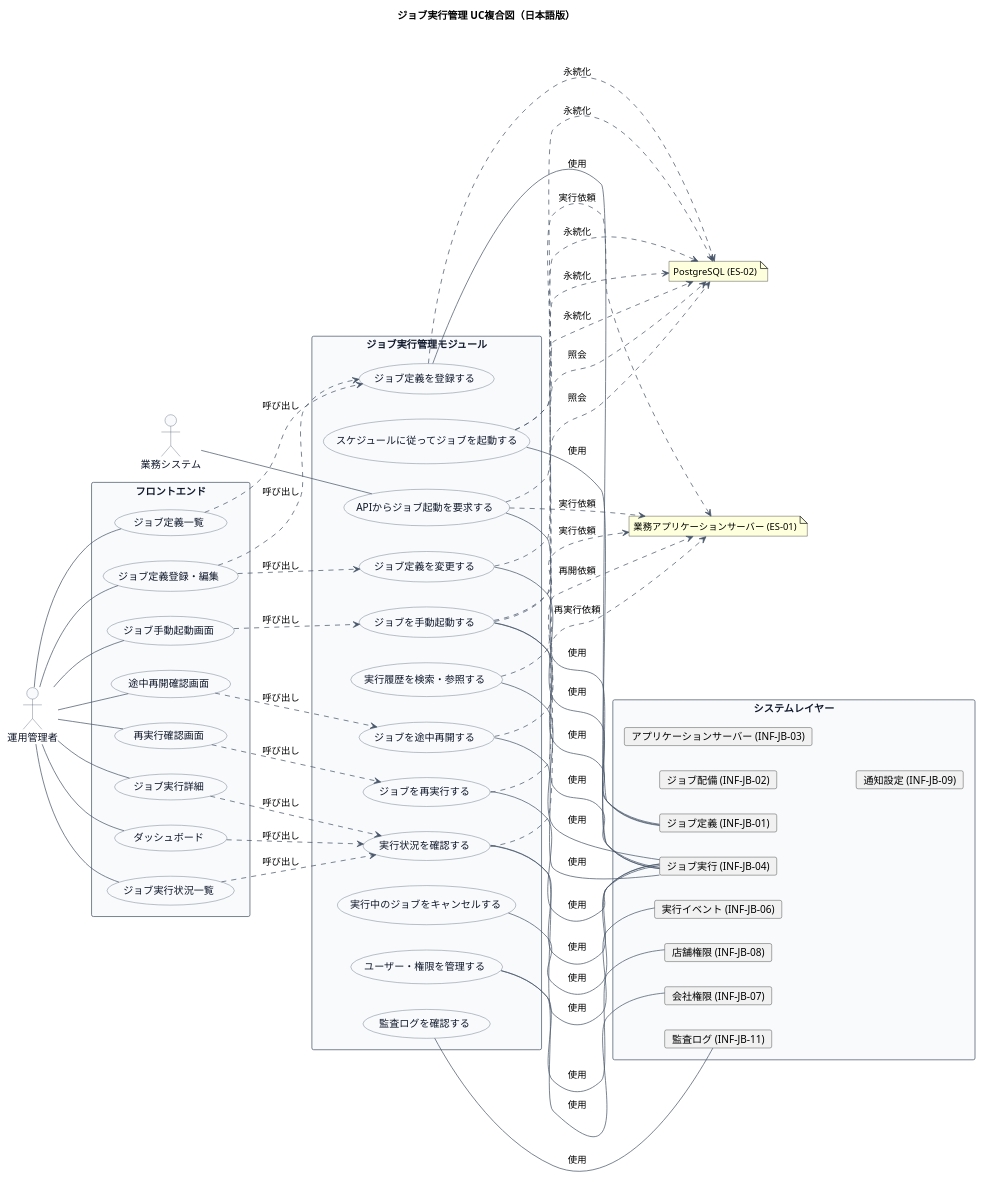
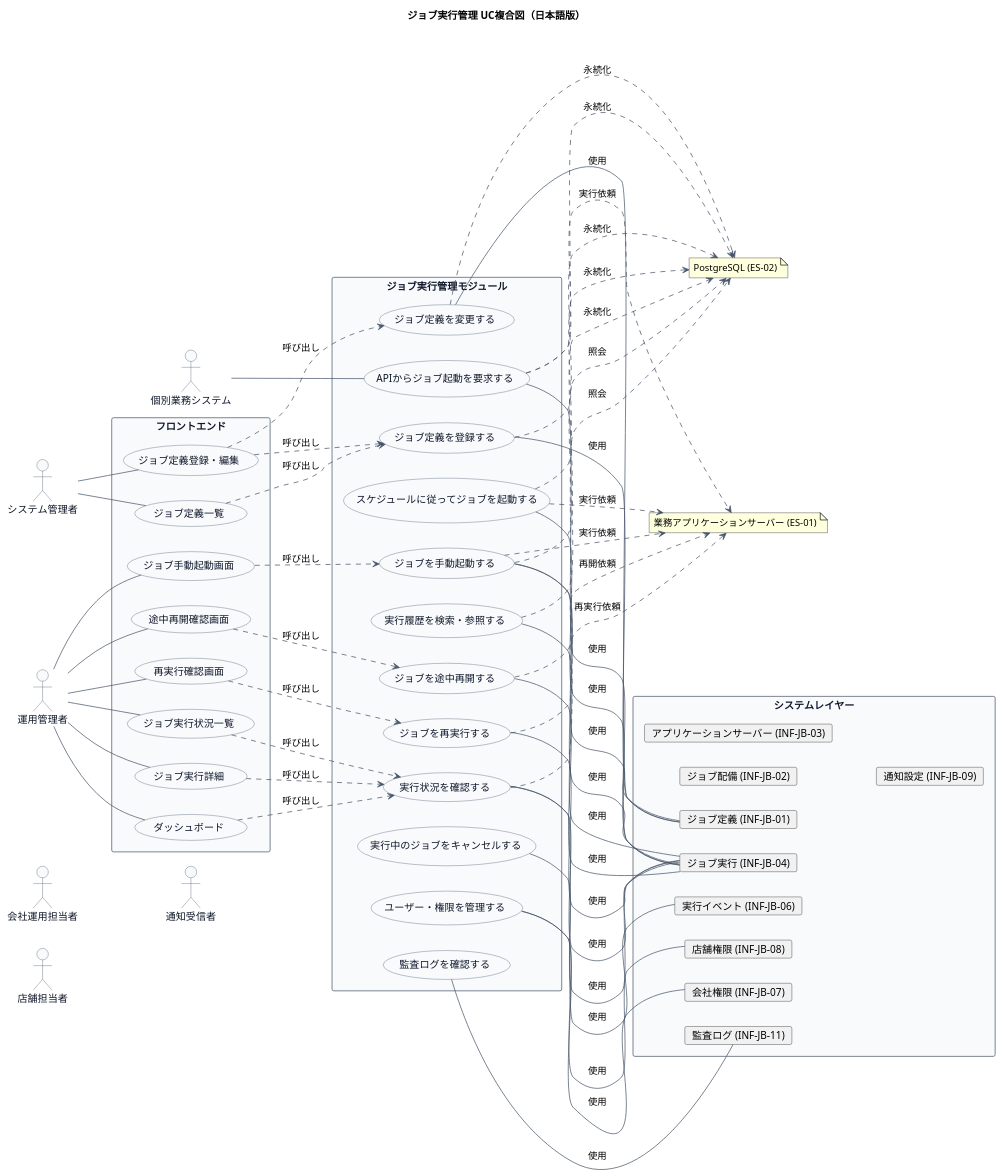
The second of 2 diagrams in docs/22 要件定義書/JB ジョブ管理/03 機能要件/JB-01 ジョブ実行管理/03.システム境界/UC複合図.md (mizo432/modulith-learning), drawn with PlantUML before and after one commit. The commit also changed other lines of this file and 96 other files, not shown here.

```diff
--- a/docs/22 要件定義書/JB ジョブ管理/03 機能要件/JB-01 ジョブ実行管理/03.システム境界/UC複合図.md
+++ b/docs/22 要件定義書/JB ジョブ管理/03 機能要件/JB-01 ジョブ実行管理/03.システム境界/UC複合図.md
@@ -154,8 +158,12 @@
 skinparam arrowColor #475569
 skinparam shadowing false
 
-actor "運用管理者" as Admin
-actor "業務システム" as BizSystem
+actor "システム管理者" as SysAdmin
+actor "運用管理者" as OpsAdmin
+actor "会社運用担当者" as CompanyOps
+actor "店舗担当者" as StoreOps
+actor "個別業務システム" as BizSystem
+actor "通知受信者" as NotifRecipient
 
 note "業務アプリケーションサーバー (ES-01)" as ES01
 note "PostgreSQL (ES-02)" as ES02
@@ -198,14 +206,14 @@
   card "監査ログ (INF-JB-11)" as INF11
 }
 
-Admin -- SCR001
-Admin -- SCR002
-Admin -- SCR003
-Admin -- SCR007
-Admin -- SCR009
-Admin -- SCR012
-Admin -- SCR013
-Admin -- SCR014
+SysAdmin -- SCR007
+SysAdmin -- SCR009
+OpsAdmin -- SCR001
+OpsAdmin -- SCR002
+OpsAdmin -- SCR003
+OpsAdmin -- SCR012
+OpsAdmin -- SCR013
+OpsAdmin -- SCR014
 
 SCR001 ..> UC013 : 呼び出し
 SCR002 ..> UC013 : 呼び出し
```
